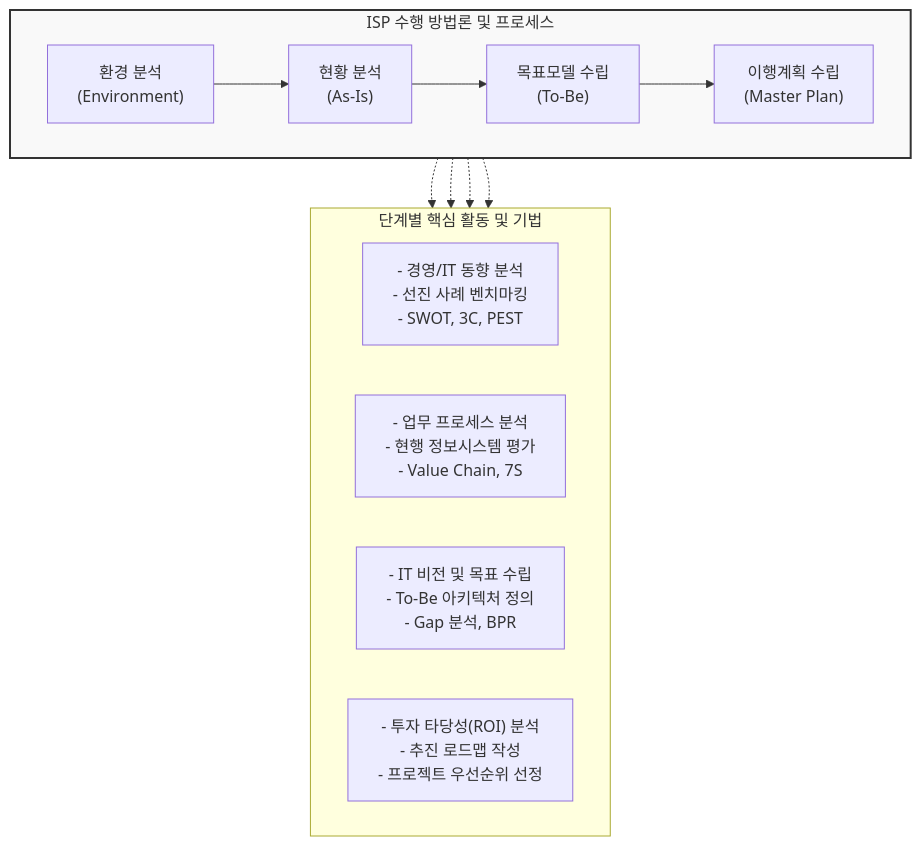
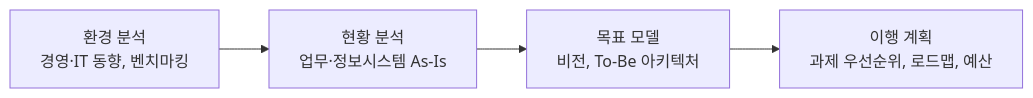
Before and after one commit to supremethumb/supremethumb.github.io: the diagram in content/01_IT Tech/ISP (Information Strategy Plan).md, drawn with Mermaid. The commit also changed other lines of this file and 1087 other files, not shown here.

````diff
--- a/content/01_IT Tech/ISP (Information Strategy Plan).md
+++ b/content/01_IT Tech/ISP (Information Strategy Plan).md
@@ -23,25 +35,6 @@
 ```mermaid
-flowchart TB
-    subgraph ISP_수행_프로세스["ISP 수행 방법론 및 프로세스"]
-        direction LR
-        S1["환경 분석<br/>(Environment)"] --> S2["현황 분석<br/>(As-Is)"]
-        S2 --> S3["목표모델 수립<br/>(To-Be)"]
-        S3 --> S4["이행계획 수립<br/>(Master Plan)"]
-    end
-
-    subgraph 주요_수행_활동["단계별 핵심 활동 및 기법"]
-        direction LR
-        A1["- 경영/IT 동향 분석<br/>- 선진 사례 벤치마킹<br/>- SWOT, 3C, PEST"] 
-        A2["- 업무 프로세스 분석<br/>- 현행 정보시스템 평가<br/>- Value Chain, 7S"] 
-        A3["- IT 비전 및 목표 수립<br/>- To-Be 아키텍처 정의<br/>- Gap 분석, BPR"] 
-        A4["- 투자 타당성(ROI) 분석<br/>- 추진 로드맵 작성<br/>- 프로젝트 우선순위 선정"] 
-    end
-
-    S1 -.-> A1
-    S2 -.-> A2
-    S3 -.-> A3
-    S4 -.-> A4
-    
-    style ISP_수행_프로세스 fill:#f9f9f9,stroke:#333,stroke-width:2px
-
+flowchart LR
+    S1["환경 분석<br/>경영·IT 동향, 벤치마킹"] --> S2["현황 분석<br/>업무·정보시스템 As-Is"]
+    S2 --> S3["목표 모델<br/>비전, To-Be 아키텍처"]
+    S3 --> S4["이행 계획<br/>과제 우선순위, 로드맵, 예산"]
 ```
````
